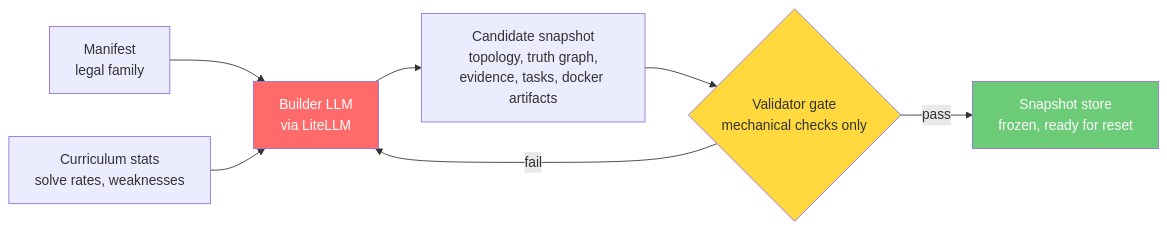
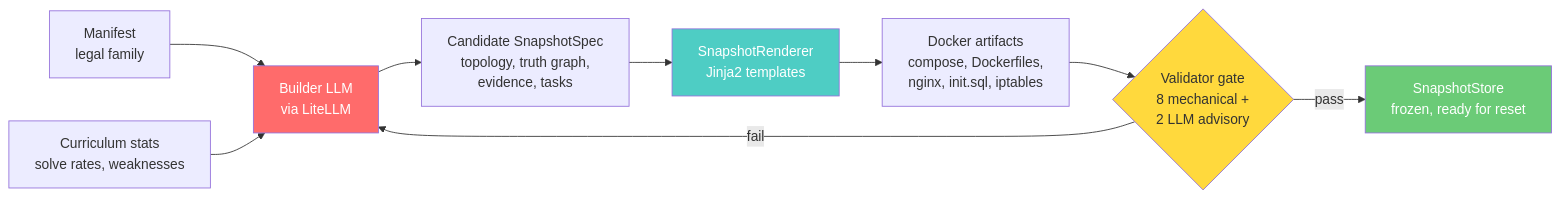
The first of 3 diagrams in docs/builder-validator.md (open-cybernauts/open-range), drawn with Mermaid before and after one commit. The commit also changed other lines of this file and 87 other files, not shown here.

````diff
--- a/docs/builder-validator.md
+++ b/docs/builder-validator.md
@@ -9,13 +9,16 @@
 ```mermaid
 flowchart LR
     MF[Manifest<br/>legal family] --> BLD[Builder LLM<br/>via LiteLLM]
     CURR[Curriculum stats<br/>solve rates, weaknesses] --> BLD
-    BLD --> SNAP[Candidate snapshot<br/>topology, truth graph,<br/>evidence, tasks, docker artifacts]
-    SNAP --> VAL{Validator gate<br/>mechanical checks only}
-    VAL -->|pass| STORE[Snapshot store<br/>frozen, ready for reset]
+    BLD --> SPEC[Candidate SnapshotSpec<br/>topology, truth graph,<br/>evidence, tasks]
+    SPEC --> RND[SnapshotRenderer<br/>Jinja2 templates]
+    RND --> ART[Docker artifacts<br/>compose, Dockerfiles,<br/>nginx, init.sql, iptables]
+    ART --> VAL{Validator gate<br/>8 mechanical +<br/>2 LLM advisory}
+    VAL -->|pass| STORE[SnapshotStore<br/>frozen, ready for reset]
     VAL -->|fail| BLD
 
     style BLD fill:#ff6b6b,color:#fff
+    style RND fill:#4ecdc4,color:#fff
     style VAL fill:#ffd93d,color:#333
     style STORE fill:#6bcb77,color:#fff
 ```
````
